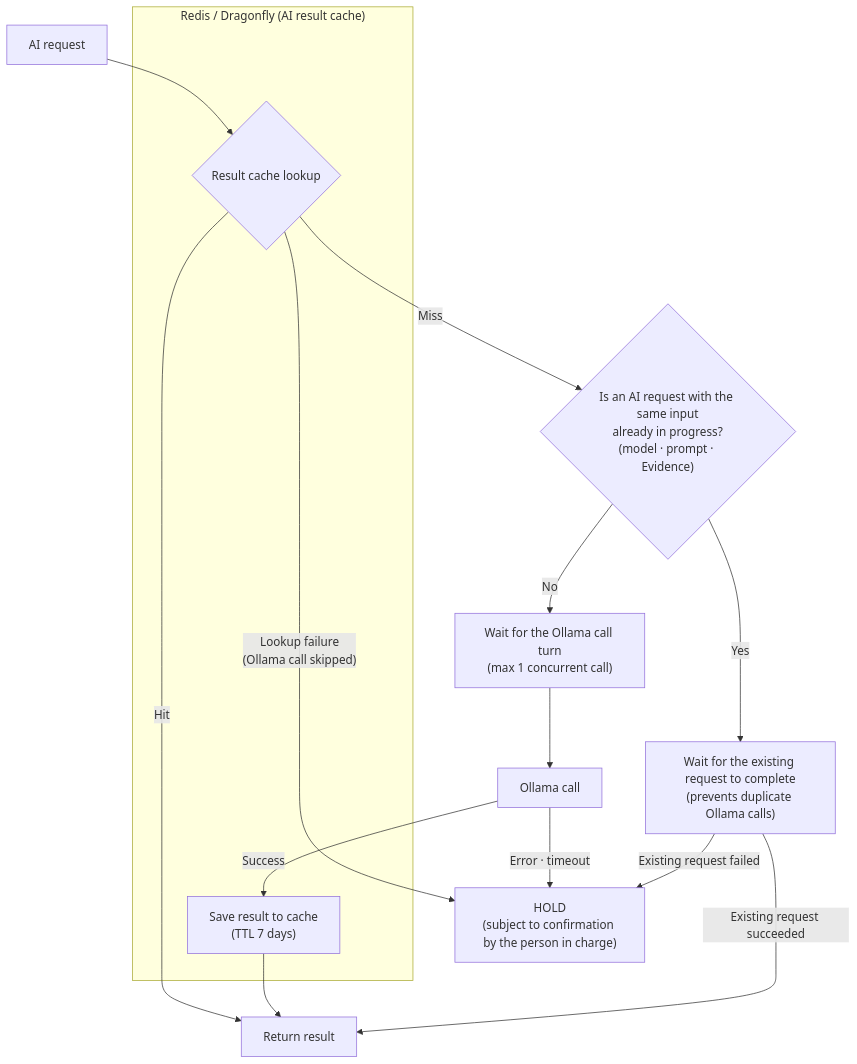
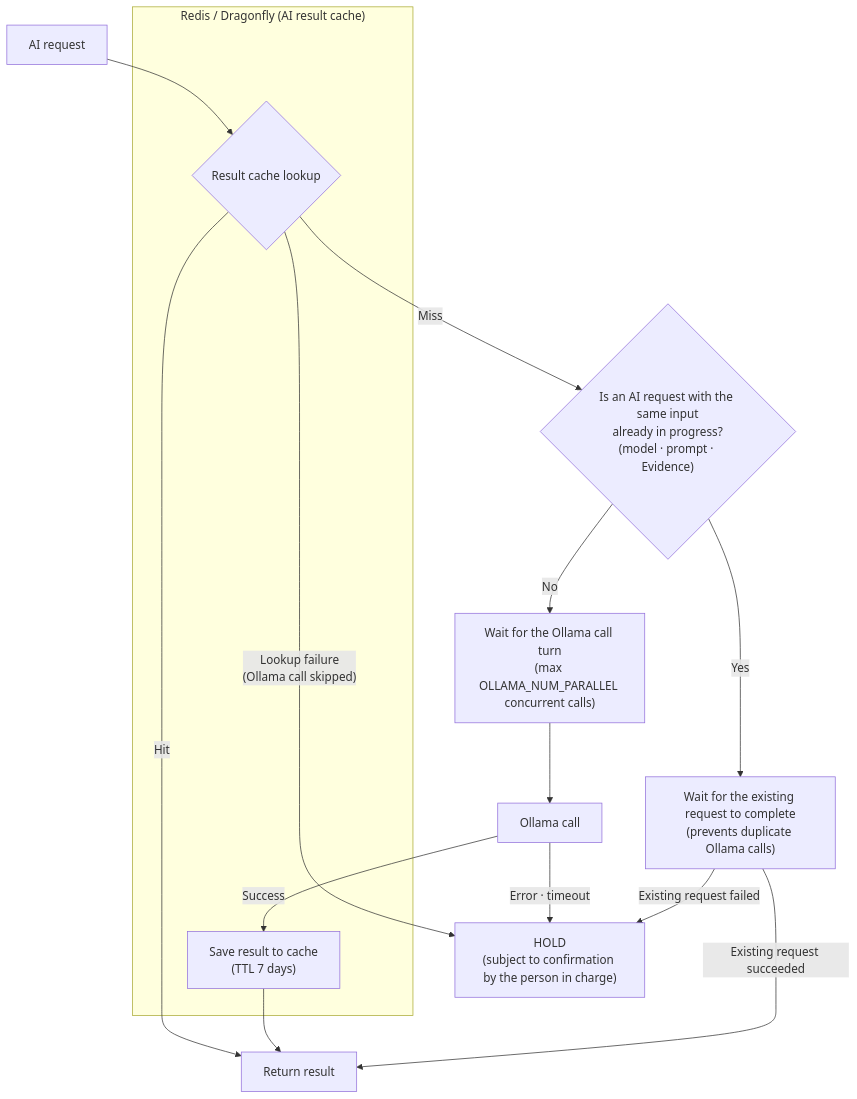
Before and after one commit to 1Tsw0rd/shire-guard: the ninth of 12 diagrams in README.en.md, drawn with Mermaid. The commit also changed other lines of this file and 3 other files, not shown here.

````diff
--- a/README.en.md
+++ b/README.en.md
@@ -799,28 +804,28 @@
 ```mermaid
 flowchart TD
     REQ["AI request"] --> CACHE
 
     subgraph REDIS["Redis / Dragonfly (AI result cache)"]
         SPACER[" "]
         CACHE{"Result cache lookup"}
         SAVE["Save result to cache<br/>(TTL 7 days)"]
         SPACER ~~~ CACHE
     end
 
     style SPACER fill:none,stroke:none
 
     CACHE -->|"Hit"| RET["Return result"]
     CACHE -->|"Lookup failure<br/>(Ollama call skipped)"| HOLD["HOLD<br/>(subject to confirmation by the person in charge)"]
     CACHE -->|"Miss"| SF{"Is an AI request with the same input<br/>already in progress?<br/>(model · prompt · Evidence)"}
 
     SF -->|"Yes"| JOIN["Wait for the existing request to complete<br/>(prevents duplicate Ollama calls)"]
-    SF -->|"No"| Q["Wait for the Ollama call turn<br/>(max 1 concurrent call)"]
+    SF -->|"No"| Q["Wait for the Ollama call turn<br/>(max OLLAMA_NUM_PARALLEL concurrent calls)"]
 
     Q --> OL["Ollama call"]
     OL -->|"Success"| SAVE
     OL -->|"Error · timeout"| HOLD
 
     SAVE --> RET
     JOIN -->|"Existing request succeeded"| RET
     JOIN -->|"Existing request failed"| HOLD
 ```
````
